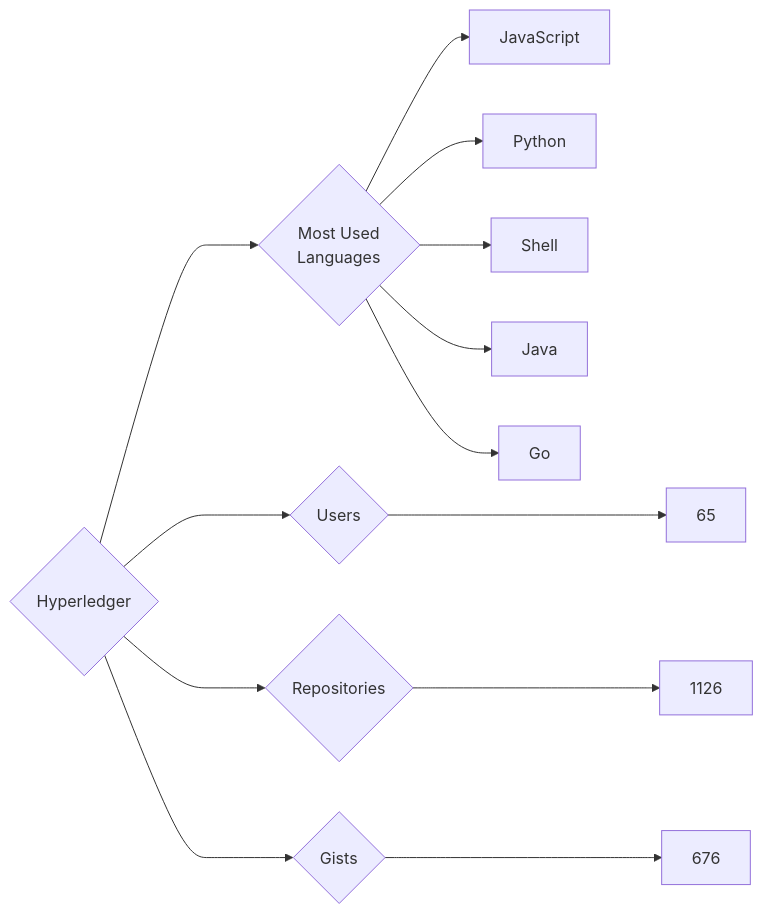
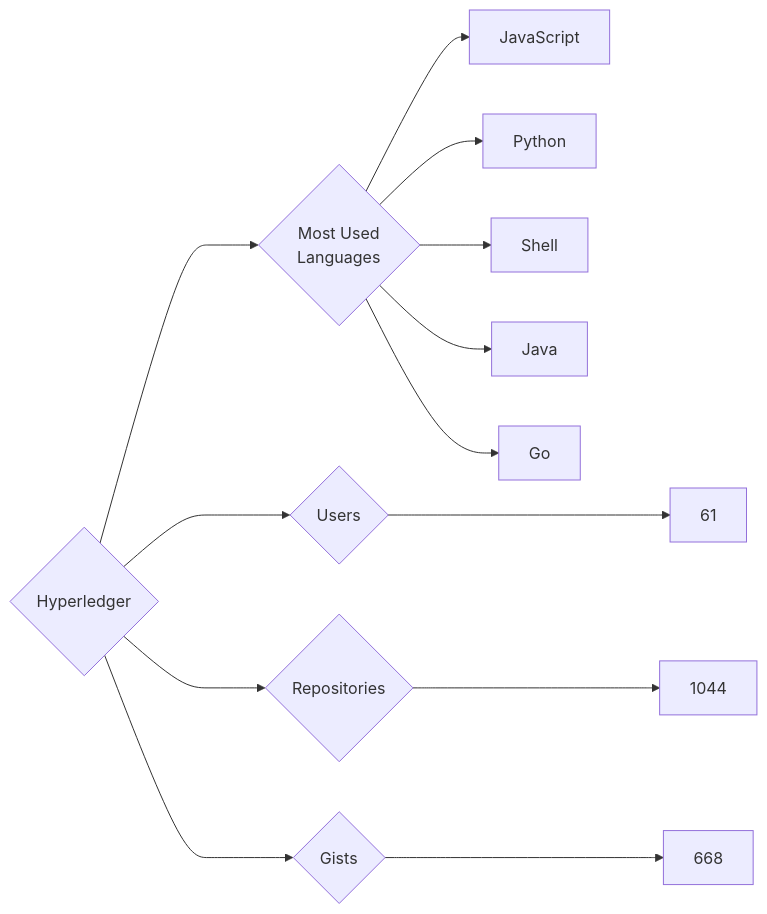
The diagram in targets/Hyperledger/README.md (trickest/insiders), drawn with Mermaid before and after one commit. The commit also changed 633 other files, not shown here.

````diff
--- a/targets/Hyperledger/README.md
+++ b/targets/Hyperledger/README.md
@@ -3,13 +3,13 @@
 ```mermaid
 graph LR
 COMPANY_NAME{Hyperledger}
-COMPANY_NAME ---> U{Users} ---> UN[65]
-COMPANY_NAME ---> R{Repositories} ---> RN[1126]
-COMPANY_NAME ---> G{Gists} ---> GN[676]
+COMPANY_NAME ---> U{Users} ---> UN[61]
+COMPANY_NAME ---> R{Repositories} ---> RN[1044]
+COMPANY_NAME ---> G{Gists} ---> GN[668]
 COMPANY_NAME ---> ML{Most Used<br>Languages}
 ML --> JavaScript[JavaScript]
 ML --> Python[Python]
 ML --> Shell[Shell]
 ML --> Java[Java]
 ML --> Go[Go]
 ```
````
